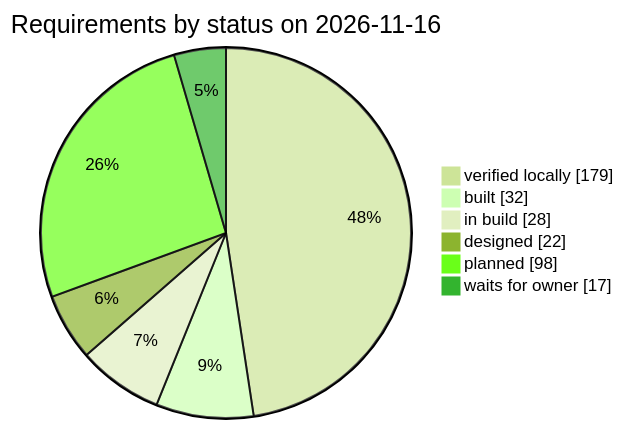
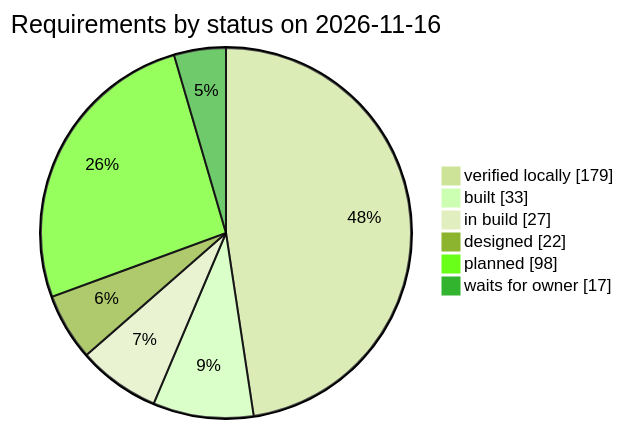
Before and after one commit to qa-io-vn/fnb-manager: the third of 3 diagrams in docs/requirements.md, drawn with Mermaid (forest theme). The commit also changed other lines of this file and 66 other files, not shown here.

````diff
--- a/docs/requirements.md
+++ b/docs/requirements.md
@@ -982,10 +982,10 @@
 ```mermaid
 pie showData
     title Requirements by status on 2026-11-16
     "verified locally" : 179
-    "built" : 32
-    "in build" : 28
+    "built" : 33
+    "in build" : 27
     "designed" : 22
     "planned" : 98
     "waits for owner" : 17
 ```
````
